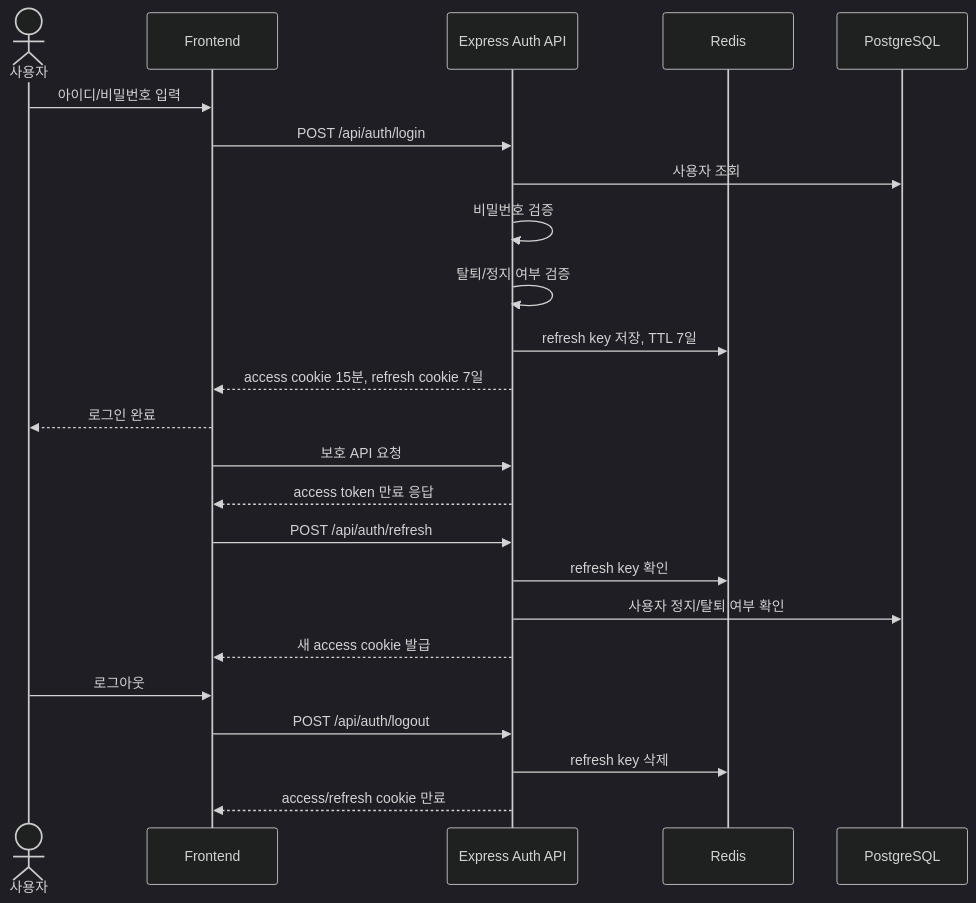
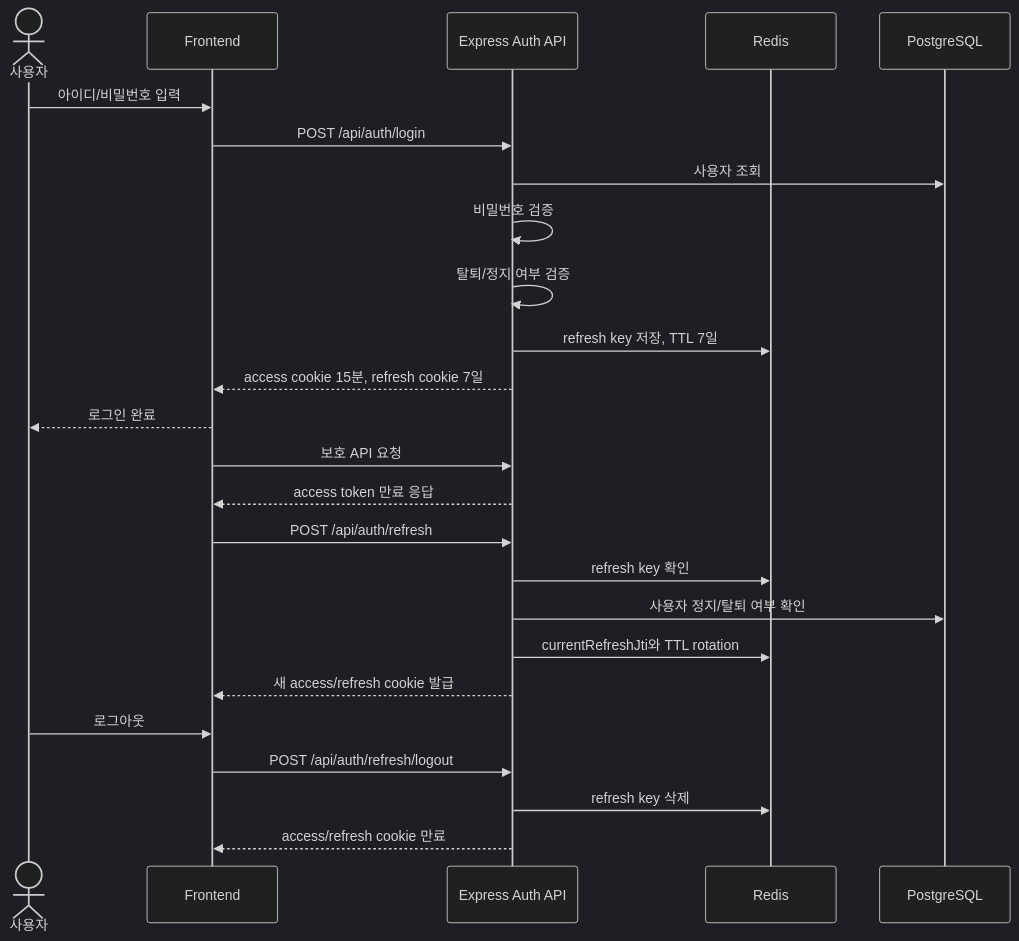
The diagram in docs/Potato-Land-Docs/04. 다이어그램/A-02 로그인 토큰 재발급 시퀀스.md (hurwan0629/potato-land), drawn with Mermaid (dark theme) before and after one commit. The commit also changed 44 other files, not shown here.

````diff
--- a/docs/Potato-Land-Docs/04. 다이어그램/A-02 로그인 토큰 재발급 시퀀스.md
+++ b/docs/Potato-Land-Docs/04. 다이어그램/A-02 로그인 토큰 재발급 시퀀스.md
@@ -3,29 +3,30 @@
 ```mermaid
 sequenceDiagram
     actor U as 사용자
     participant F as Frontend
     participant A as Express Auth API
     participant R as Redis
     participant D as PostgreSQL
 
     U->>F: 아이디/비밀번호 입력
     F->>A: POST /api/auth/login
     A->>D: 사용자 조회
     A->>A: 비밀번호 검증
     A->>A: 탈퇴/정지 여부 검증
     A->>R: refresh key 저장, TTL 7일
     A-->>F: access cookie 15분, refresh cookie 7일
     F-->>U: 로그인 완료
 
     F->>A: 보호 API 요청
     A-->>F: access token 만료 응답
     F->>A: POST /api/auth/refresh
     A->>R: refresh key 확인
     A->>D: 사용자 정지/탈퇴 여부 확인
-    A-->>F: 새 access cookie 발급
+    A->>R: currentRefreshJti와 TTL rotation
+    A-->>F: 새 access/refresh cookie 발급
 
     U->>F: 로그아웃
-    F->>A: POST /api/auth/logout
+    F->>A: POST /api/auth/refresh/logout
     A->>R: refresh key 삭제
     A-->>F: access/refresh cookie 만료
 ```
````
